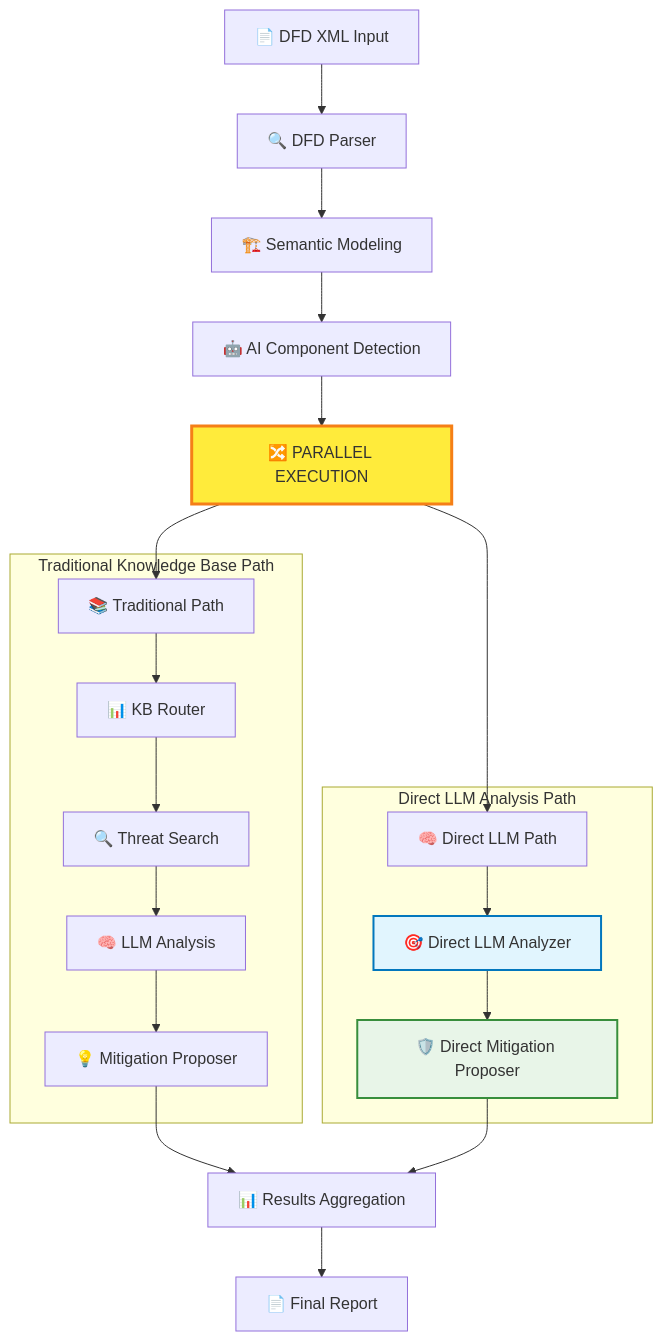
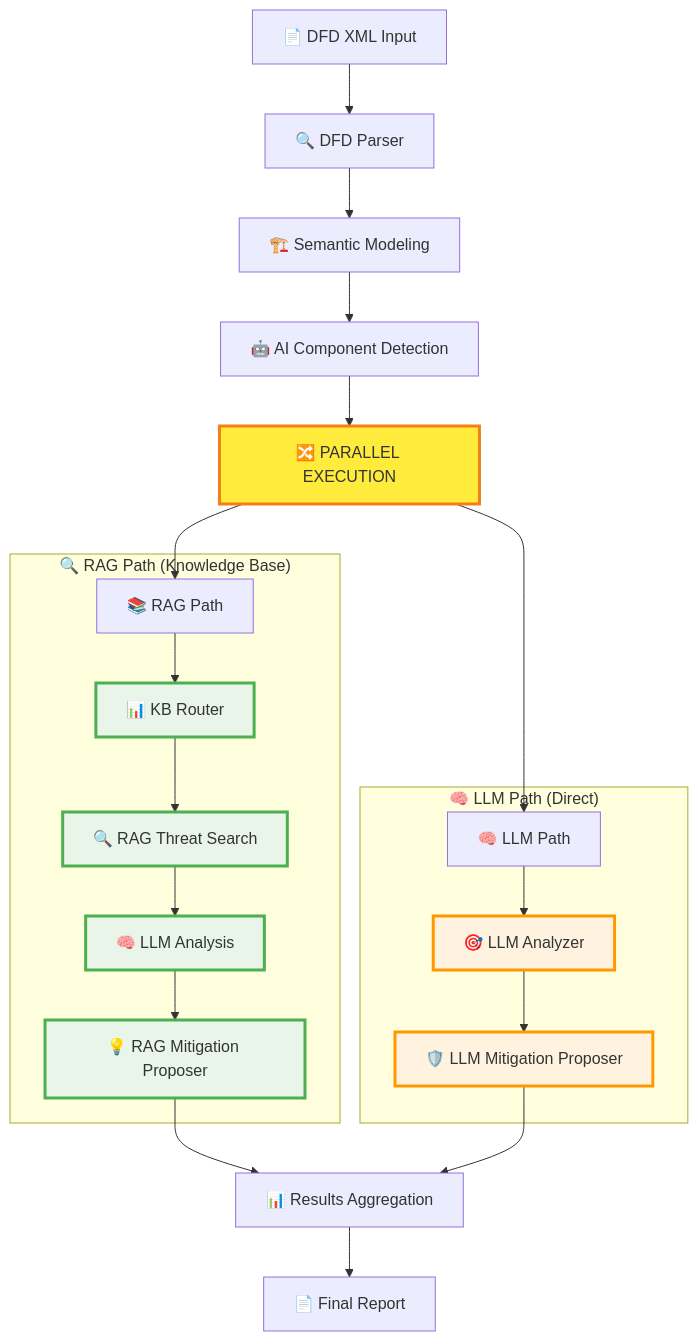
One commit to fennih/fraitmo changed the diagram in README.md. Above: the diagram before and after it, drawn with Mermaid. The commit also changed other lines of this file and 7 other files, not shown here.

Commit message:
rag threat searcher and name refactor

````diff
--- a/README.md
+++ b/README.md
@@ -114,31 +114,35 @@
 ```mermaid
 graph TD
     A["📄 DFD XML Input"] --> B["🔍 DFD Parser"]
     B --> C["🏗️ Semantic Modeling"]
     C --> D["🤖 AI Component Detection"]
     
     D --> E["🔀 PARALLEL EXECUTION"]
     
-    E --> F["📚 Traditional Path"]
-    E --> G["🧠 Direct LLM Path"]
+    E --> F["📚 RAG Path"]
+    E --> G["🧠 LLM Path"]
     
-    subgraph "Traditional Knowledge Base Path"
+    subgraph RAG["🔍 RAG Path (Knowledge Base)"]
         F --> H["📊 KB Router"]
-        H --> I["🔍 Threat Search"]
+        H --> I["🔍 RAG Threat Search"]
         I --> J["🧠 LLM Analysis"]
-        J --> K["💡 Mitigation Proposer"]
+        J --> K["💡 RAG Mitigation Proposer"]
     end
     
-    subgraph "Direct LLM Analysis Path"
-        G --> L["🎯 Direct LLM Analyzer"]
-        L --> M["🛡️ Direct Mitigation Proposer"]
+    subgraph LLM["🧠 LLM Path (Direct)"]
+        G --> L["🎯 LLM Analyzer"]
+        L --> M["🛡️ LLM Mitigation Proposer"]
     end
     
     K --> N["📊 Results Aggregation"]
     M --> N
     N --> O["📄 Final Report"]
     
     style E fill:#ffeb3b,stroke:#f57f17,stroke-width:3px
-    style L fill:#e1f5fe,stroke:#0277bd,stroke-width:2px
-    style M fill:#e8f5e8,stroke:#388e3c,stroke-width:2px
+    style H fill:#e8f5e8,stroke:#4caf50,stroke-width:3px
+    style I fill:#e8f5e8,stroke:#4caf50,stroke-width:3px
+    style J fill:#e8f5e8,stroke:#4caf50,stroke-width:3px
+    style K fill:#e8f5e8,stroke:#4caf50,stroke-width:3px
+    style L fill:#fff3e0,stroke:#ff9800,stroke-width:3px
+    style M fill:#fff3e0,stroke:#ff9800,stroke-width:3px
 ```
````
